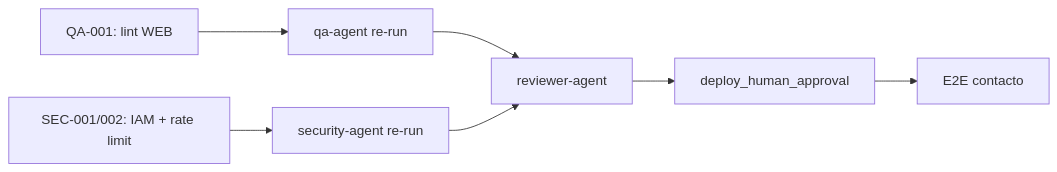
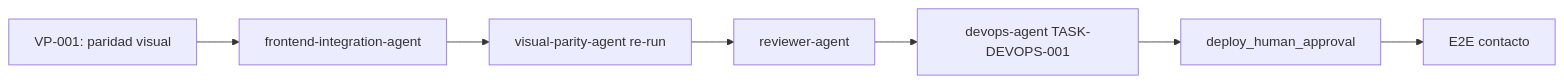
One commit to arodriguez-novusintelligence/NovusAIDevelopmentFramework changed the diagram in .nadf/projects/novus-intelligence/artifacts/reflexion-ejecucion.md. Above: the diagram before and after it, drawn with Mermaid. The commit also changed other lines of this file and 1 other file, not shown here.

First line of the commit message:
reflexión: consolidar paso-13 con QA/Security PASS y paridad visual FAIL

````diff
--- a/.nadf/projects/novus-intelligence/artifacts/reflexion-ejecucion.md
+++ b/.nadf/projects/novus-intelligence/artifacts/reflexion-ejecucion.md
@@ -192,9 +217,9 @@
 ```mermaid
 flowchart LR
-    QA001[QA-001: lint WEB] --> QA[qa-agent re-run]
-    SEC[SEC-001/002: IAM + rate limit] --> SECA[security-agent re-run]
-    QA --> REV[reviewer-agent]
-    SECA --> REV
-    REV --> DEPLOY[deploy_human_approval]
+    VP[VP-001: paridad visual] --> FIA[frontend-integration-agent]
+    FIA --> VPA[visual-parity-agent re-run]
+    VPA --> REV[reviewer-agent]
+    REV --> DEVOPS[devops-agent TASK-DEVOPS-001]
+    DEVOPS --> DEPLOY[deploy_human_approval]
     DEPLOY --> E2E[E2E contacto]
 ```
````
